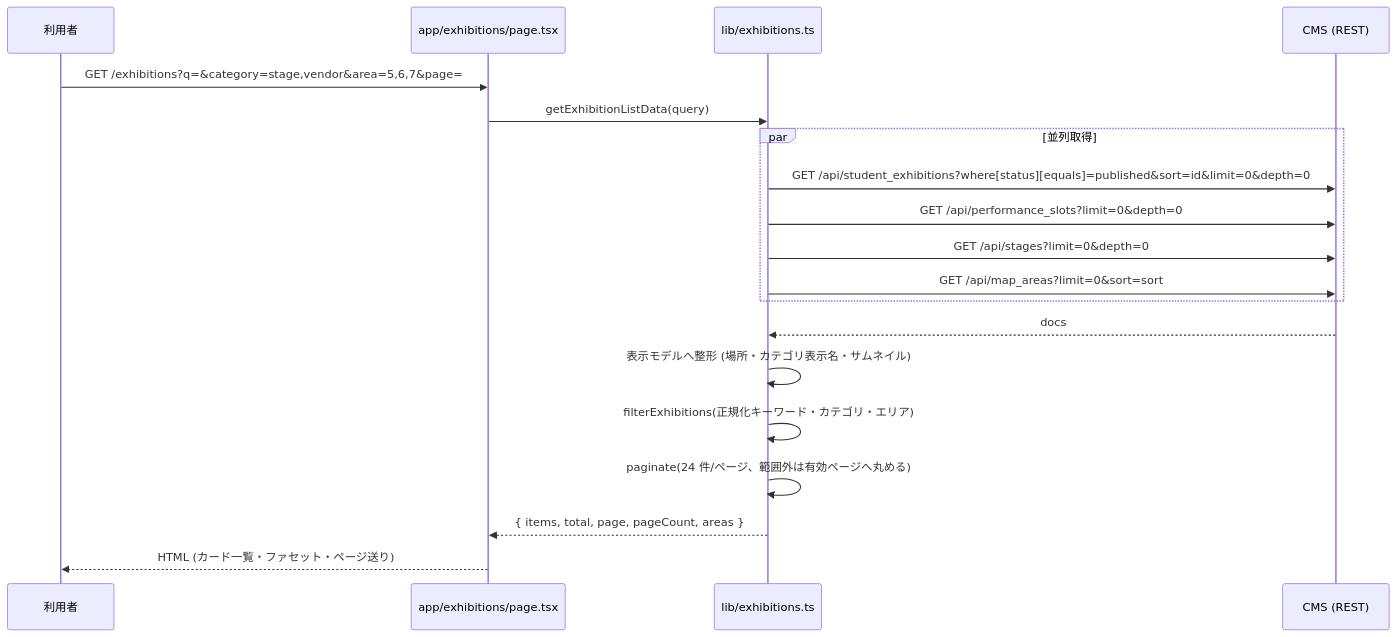
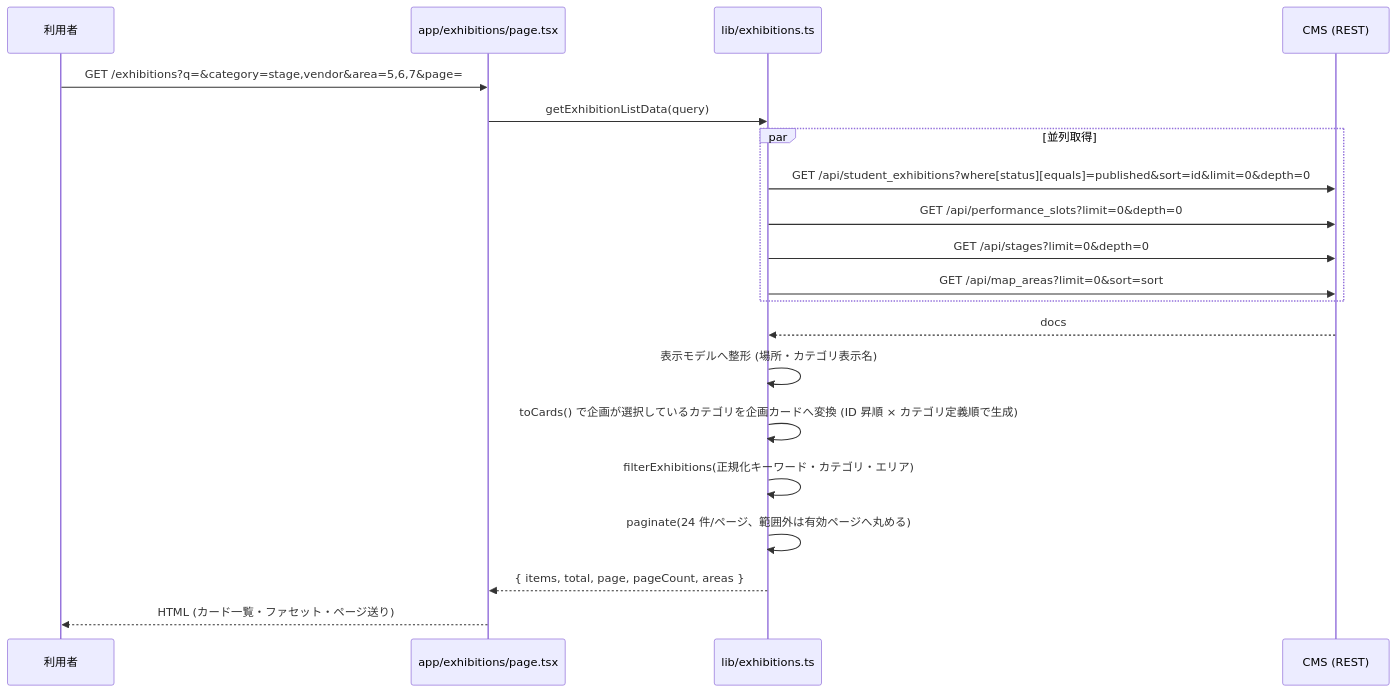
One commit to aramakisai/aramakisai-web changed the second of 6 diagrams in .kiro/specs/exhibition-pages/design.md. Above: the diagram before and after it, drawn with Mermaid. The commit also changed other lines of this file and 2 other files, not shown here.

````diff
--- a/.kiro/specs/exhibition-pages/design.md
+++ b/.kiro/specs/exhibition-pages/design.md
@@ -189,22 +192,23 @@
 ```mermaid
 sequenceDiagram
   participant U as 利用者
   participant P as app/exhibitions/page.tsx
   participant L as lib/exhibitions.ts
   participant C as CMS (REST)
 
   U->>P: GET /exhibitions?q=&category=stage,vendor&area=5,6,7&page=
   P->>L: getExhibitionListData(query)
   par 並列取得
     L->>C: GET /api/student_exhibitions?where[status][equals]=published&sort=id&limit=0&depth=0
     L->>C: GET /api/performance_slots?limit=0&depth=0
     L->>C: GET /api/stages?limit=0&depth=0
     L->>C: GET /api/map_areas?limit=0&sort=sort
   end
   C-->>L: docs
-  L->>L: 表示モデルへ整形 (場所・カテゴリ表示名・サムネイル)
+  L->>L: 表示モデルへ整形 (場所・カテゴリ表示名)
+  L->>L: toCards() で企画が選択しているカテゴリを企画カードへ変換 (ID 昇順 × カテゴリ定義順で生成)
   L->>L: filterExhibitions(正規化キーワード・カテゴリ・エリア)
   L->>L: paginate(24 件/ページ、範囲外は有効ページへ丸める)
   L-->>P: { items, total, page, pageCount, areas }
   P-->>U: HTML (カード一覧・ファセット・ページ送り)
 ```
````
